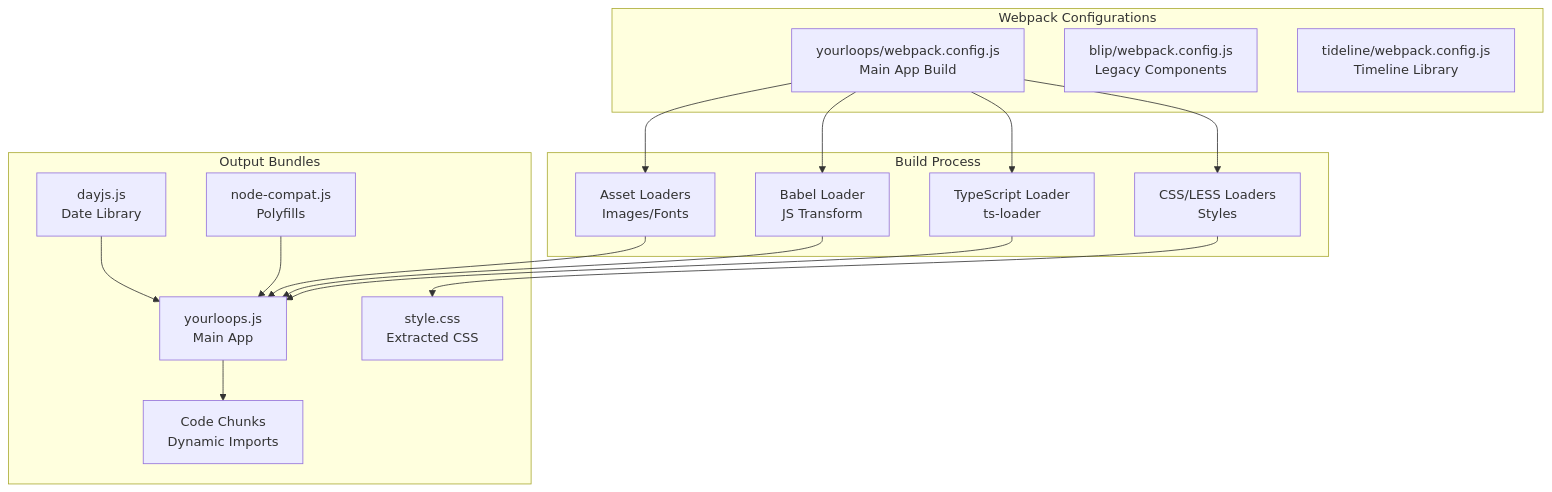
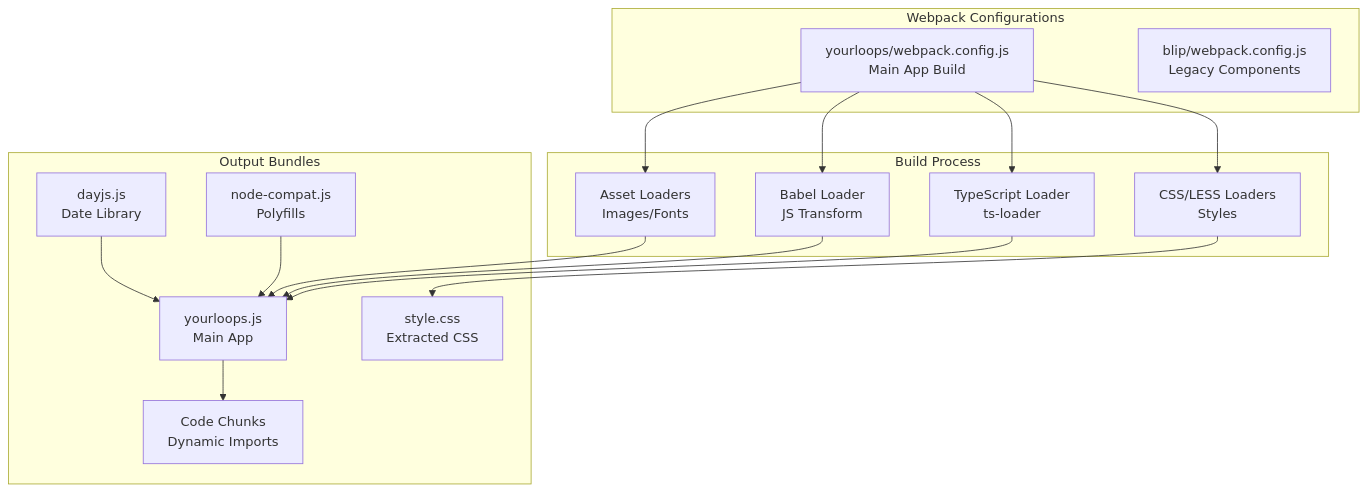
One commit to mdblp/blip changed the first of 4 diagrams in docs/Webpack.md. Above: the diagram before and after it, drawn with Mermaid. The commit also changed other lines of this file and 32 other files, not shown here.

````diff
--- a/docs/Webpack.md
+++ b/docs/Webpack.md
@@ -17,37 +17,36 @@
 ```mermaid
 graph TB
     subgraph "Webpack Configurations"
         YL_CONFIG[yourloops/webpack.config.js<br/>Main App Build]
         BLIP_CONFIG[blip/webpack.config.js<br/>Legacy Components]
-        TL_CONFIG[tideline/webpack.config.js<br/>Timeline Library]
     end
 
     subgraph "Build Process"
         TS[TypeScript Loader<br/>ts-loader]
         BABEL[Babel Loader<br/>JS Transform]
         CSS[CSS/LESS Loaders<br/>Styles]
         ASSETS[Asset Loaders<br/>Images/Fonts]
     end
 
     subgraph "Output Bundles"
         NODE[node-compat.js<br/>Polyfills]
         DAYJS[dayjs.js<br/>Date Library]
         MAIN[yourloops.js<br/>Main App]
         CHUNKS[Code Chunks<br/>Dynamic Imports]
         STYLES[style.css<br/>Extracted CSS]
     end
 
     YL_CONFIG --> TS
     YL_CONFIG --> BABEL
     YL_CONFIG --> CSS
     YL_CONFIG --> ASSETS
 
     TS --> MAIN
     BABEL --> MAIN
     CSS --> STYLES
     ASSETS --> MAIN
 
     MAIN --> CHUNKS
     NODE --> MAIN
     DAYJS --> MAIN
 ```
````
